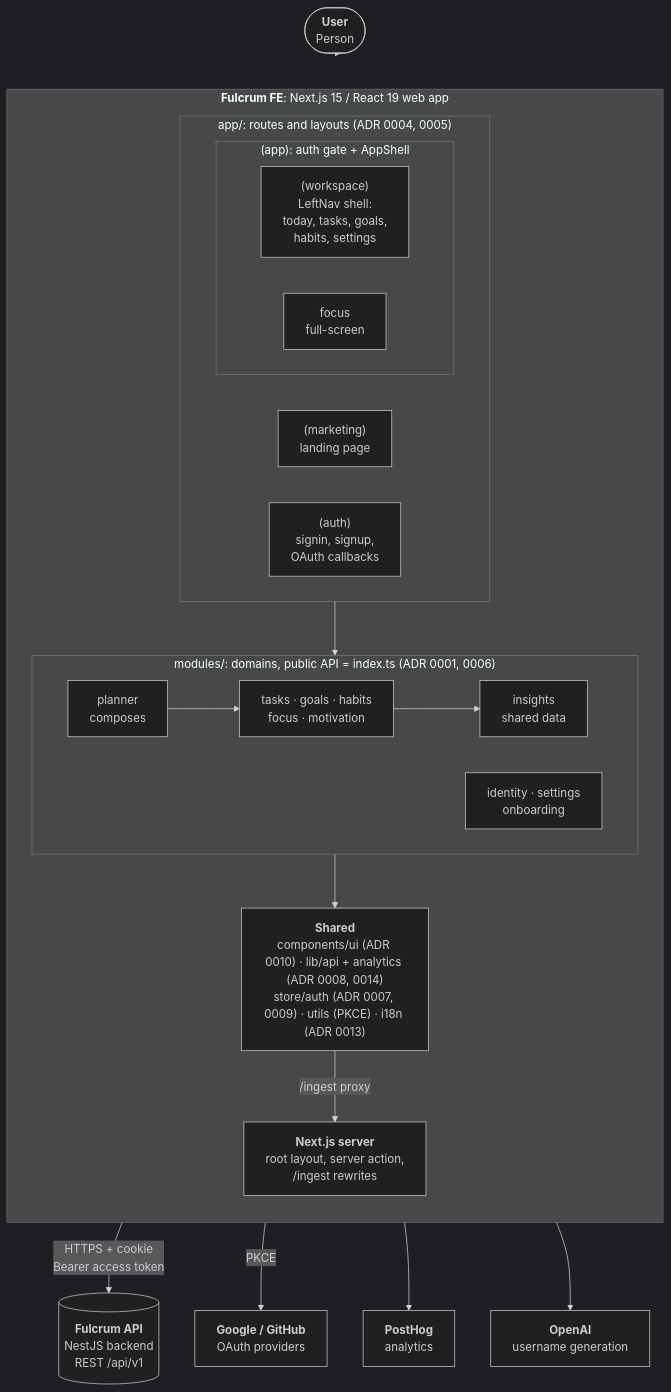
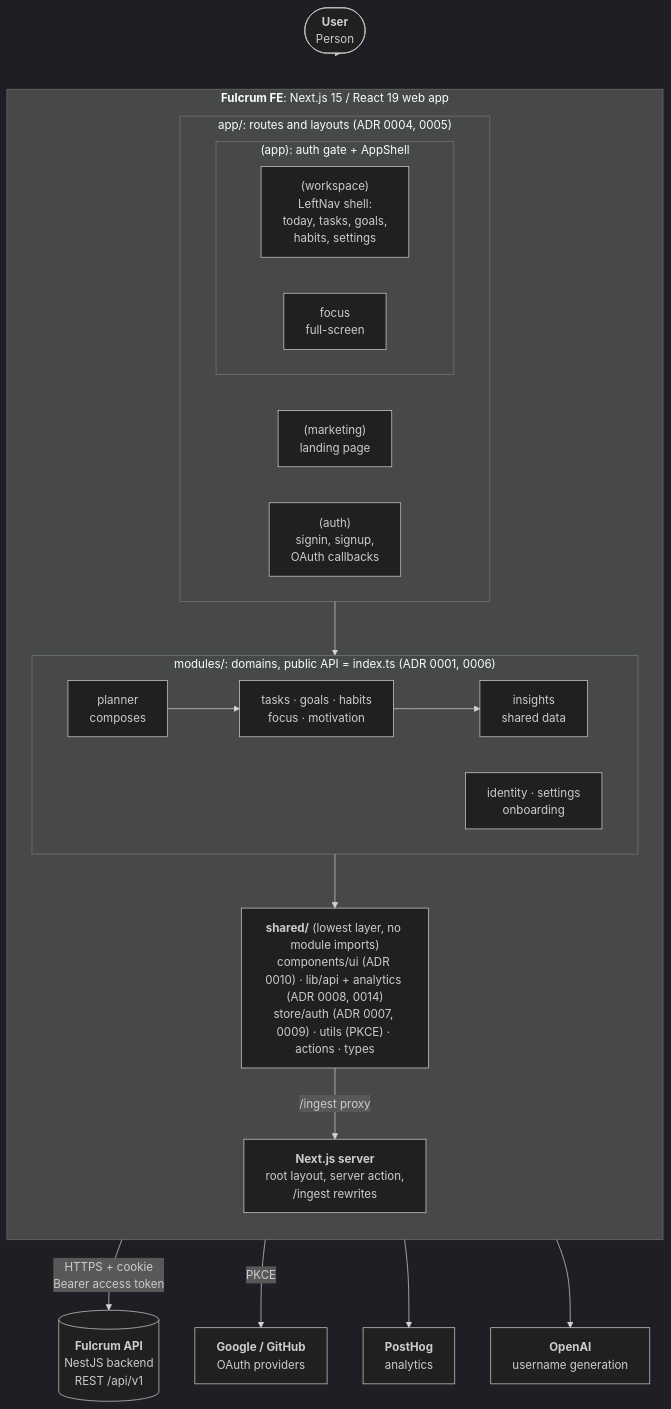
Before and after one commit to binarytrance/fulcrum-FE: the diagram in docs/adr/README.md, drawn with Mermaid (dark theme). The commit also changed other lines of this file and 78 other files, not shown here.

Commit message:
rename imports of shared files

````diff
--- a/docs/adr/README.md
+++ b/docs/adr/README.md
@@ -14,46 +14,46 @@
 ```mermaid
 flowchart TB
   user(["<b>User</b><br/>Person"])
 
   subgraph fe["<b>Fulcrum FE</b>: Next.js 15 / React 19 web app"]
     direction TB
 
     subgraph routes["app/: routes and layouts (ADR 0004, 0005)"]
       direction LR
       mkt["(marketing)<br/>landing page"]
       auth["(auth)<br/>signin, signup,<br/>OAuth callbacks"]
       subgraph appgrp["(app): auth gate + AppShell"]
         direction LR
         ws["(workspace)<br/>LeftNav shell:<br/>today, tasks, goals,<br/>habits, settings"]
         foc["focus<br/>full-screen"]
       end
     end
 
     subgraph mods["modules/: domains, public API = index.ts (ADR 0001, 0006)"]
       direction LR
       planner["planner<br/>composes"]
       domains["tasks · goals · habits<br/>focus · motivation"]
       insights["insights<br/>shared data"]
       other["identity · settings<br/>onboarding"]
     end
 
-    shared["<b>Shared</b><br/>components/ui (ADR 0010) · lib/api + analytics (ADR 0008, 0014)<br/>store/auth (ADR 0007, 0009) · utils (PKCE) · i18n (ADR 0013)"]
+    shared["<b>shared/</b> (lowest layer, no module imports)<br/>components/ui (ADR 0010) · lib/api + analytics (ADR 0008, 0014)<br/>store/auth (ADR 0007, 0009) · utils (PKCE) · actions · types"]
     srv["<b>Next.js server</b><br/>root layout, server action,<br/>/ingest rewrites"]
   end
 
   be[("<b>Fulcrum API</b><br/>NestJS backend<br/>REST /api/v1")]
   oauth["<b>Google / GitHub</b><br/>OAuth providers"]
   ph["<b>PostHog</b><br/>analytics"]
   oai["<b>OpenAI</b><br/>username generation"]
 
   user --> routes
   routes --> mods
   planner --> domains
   domains --> insights
   mods --> shared
   shared -->|"HTTPS + cookie<br/>Bearer access token"| be
   auth -->|"PKCE"| oauth
   shared -->|"/ingest proxy"| srv
   srv --> ph
   srv --> oai
 ```
````
